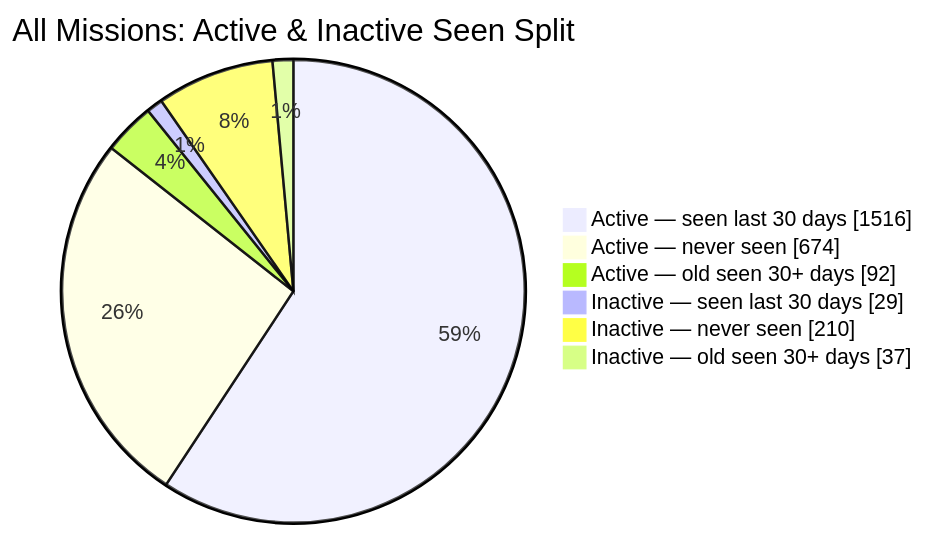
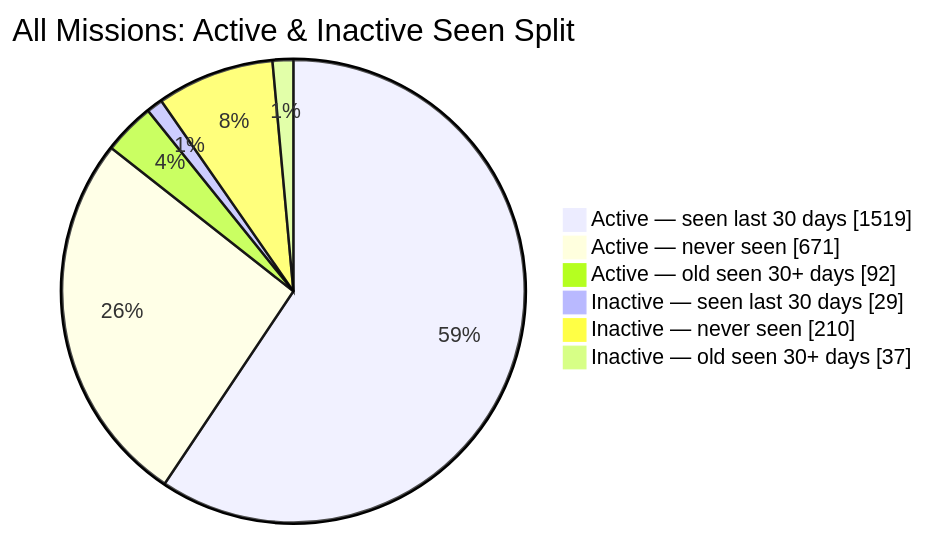
The second of 2 diagrams in README.md (MeldkamerspelGameTeam/active-missions), drawn with Mermaid before and after one commit. The commit also changed other lines of this file and 2 other files, not shown here.

````diff
--- a/README.md
+++ b/README.md
@@ -44,10 +44,10 @@
 ```mermaid
 pie showData
     title All Missions: Active & Inactive Seen Split
-    "Active — seen last 30 days" : 1516
-    "Active — never seen" : 674
+    "Active — seen last 30 days" : 1519
+    "Active — never seen" : 671
     "Active — old seen 30+ days" : 92
     "Inactive — seen last 30 days" : 29
     "Inactive — never seen" : 210
     "Inactive — old seen 30+ days" : 37
 ```
````
